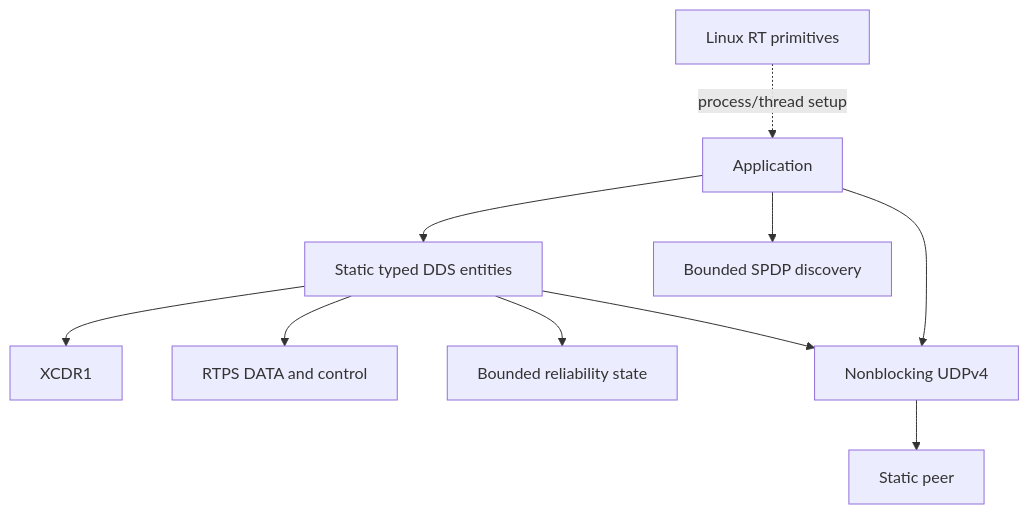
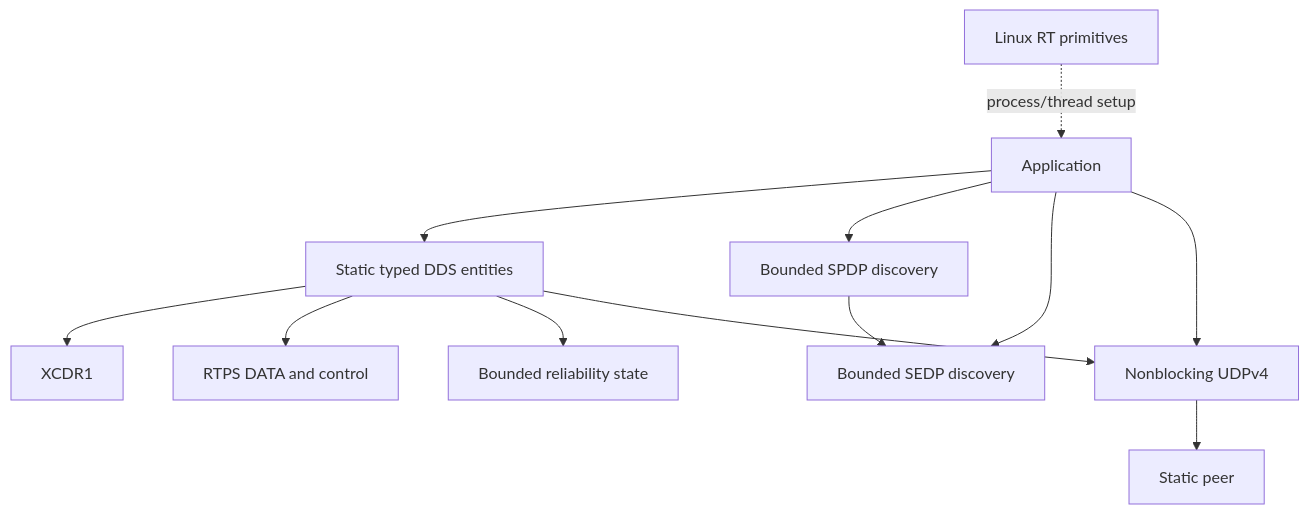
One commit to indrakanti/openRTDDS changed the first of 2 diagrams in docs/design/system/detailed-design.md. Above: the diagram before and after it, drawn with Mermaid. The commit also changed other lines of this file and 16 other files, not shown here.

Commit message:
Add bounded SEDP endpoint discovery and matching

````diff
--- a/docs/design/system/detailed-design.md
+++ b/docs/design/system/detailed-design.md
@@ -16,12 +17,14 @@
 ```mermaid
 flowchart TD
     App[Application] --> DDS[Static typed DDS entities]
     DDS --> CDR[XCDR1]
     DDS --> RTPS[RTPS DATA and control]
     DDS --> REL[Bounded reliability state]
     App --> SPDP[Bounded SPDP discovery]
+    App --> SEDP[Bounded SEDP discovery]
+    SPDP --> SEDP
     App --> UDP[Nonblocking UDPv4]
     DDS --> UDP
     UDP --> Peer[Static peer]
     Linux[Linux RT primitives] -. process/thread setup .-> App
 ```
````
